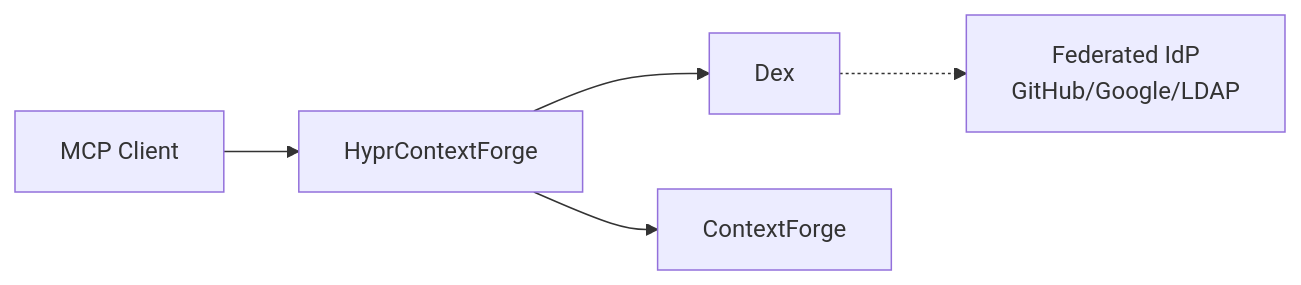
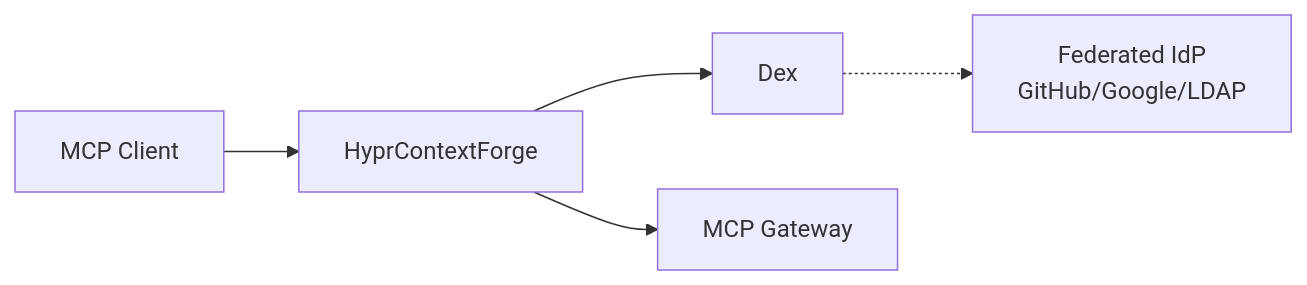
One commit to Garry2012/mcp-gateway changed the diagram in docs/docs/manage/dcr.md. Above: the diagram before and after it, drawn with Mermaid. The commit also changed other lines of this file and 130 other files, not shown here.

Commit message:
feat: complete MCP Gateway brand migration

````diff
--- a/docs/docs/manage/dcr.md
+++ b/docs/docs/manage/dcr.md
@@ -128,13 +135,13 @@
 ```mermaid
 graph LR
     Client[MCP Client]
     HyprMCP[HyprContextForge]
     Dex[Dex]
     IdP[Federated IdP<br/>GitHub/Google/LDAP]
-    ContextForge[ContextForge]
+    MCPGateway[MCP Gateway]
 
     Client --> HyprMCP
     HyprMCP --> Dex
     Dex -.-> IdP
-    HyprMCP --> ContextForge
+    HyprMCP --> MCPGateway
 ```
````
